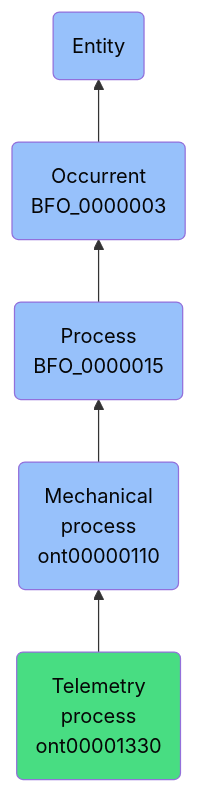
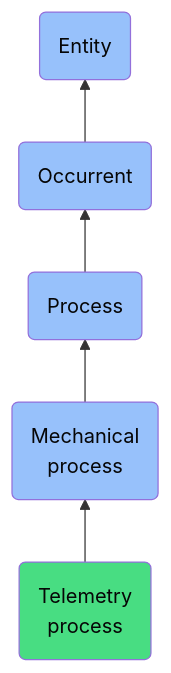
The diagram in docs/ontology/reference/model/Entity/Occurrent/Process/Mechanical process/Telemetry process/Telemetry process.md (jupyter-naas/abi), drawn with Mermaid before and after one commit. The commit also changed other lines of this file and 1430 other files, not shown here.

````diff
--- a/docs/ontology/reference/model/Entity/Occurrent/Process/Mechanical process/Telemetry process/Telemetry process.md
+++ b/docs/ontology/reference/model/Entity/Occurrent/Process/Mechanical process/Telemetry process/Telemetry process.md
@@ -25,12 +25,12 @@
 ```mermaid
 graph BT
-    ont00001330(Telemetry<br>process<br>ont00001330):::ABI-->ont00000110
-    ont00000110(Mechanical<br>process<br>ont00000110):::BFO-->BFO_0000015
-    BFO_0000015(Process<br>BFO_0000015):::BFO-->BFO_0000003
-    BFO_0000003(Occurrent<br>BFO_0000003):::BFO-->BFO_0000001
+    ont00001330(Telemetry<br>process):::ABI-->ont00000110
+    ont00000110(Mechanical<br>process):::BFO-->BFO_0000015
+    BFO_0000015(Process):::BFO-->BFO_0000003
+    BFO_0000003(Occurrent):::BFO-->BFO_0000001
     BFO_0000001(Entity):::BFO
     
     classDef BFO fill:#97c1fb,color:#060606
     classDef CCO fill:#e4c51e,color:#060606
     classDef ABI fill:#48DD82,color:#060606
 ```
````
